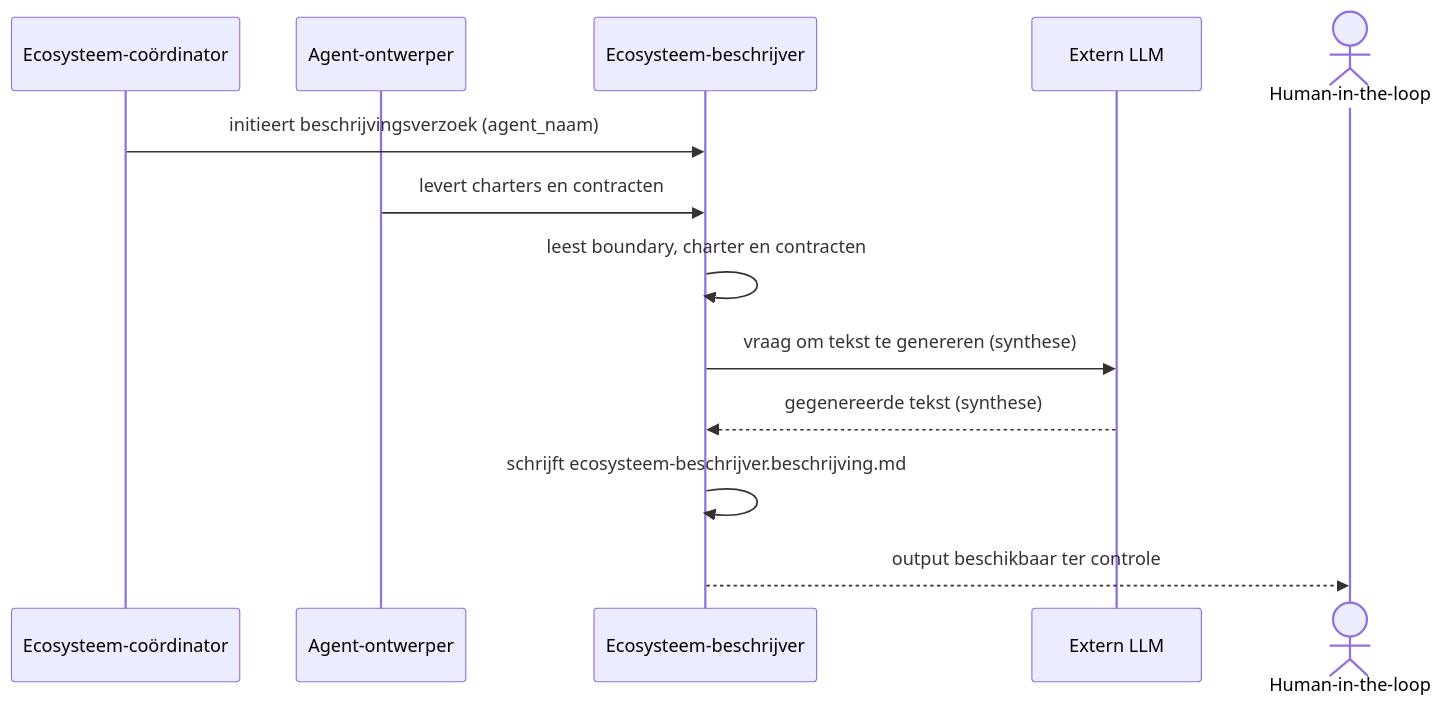
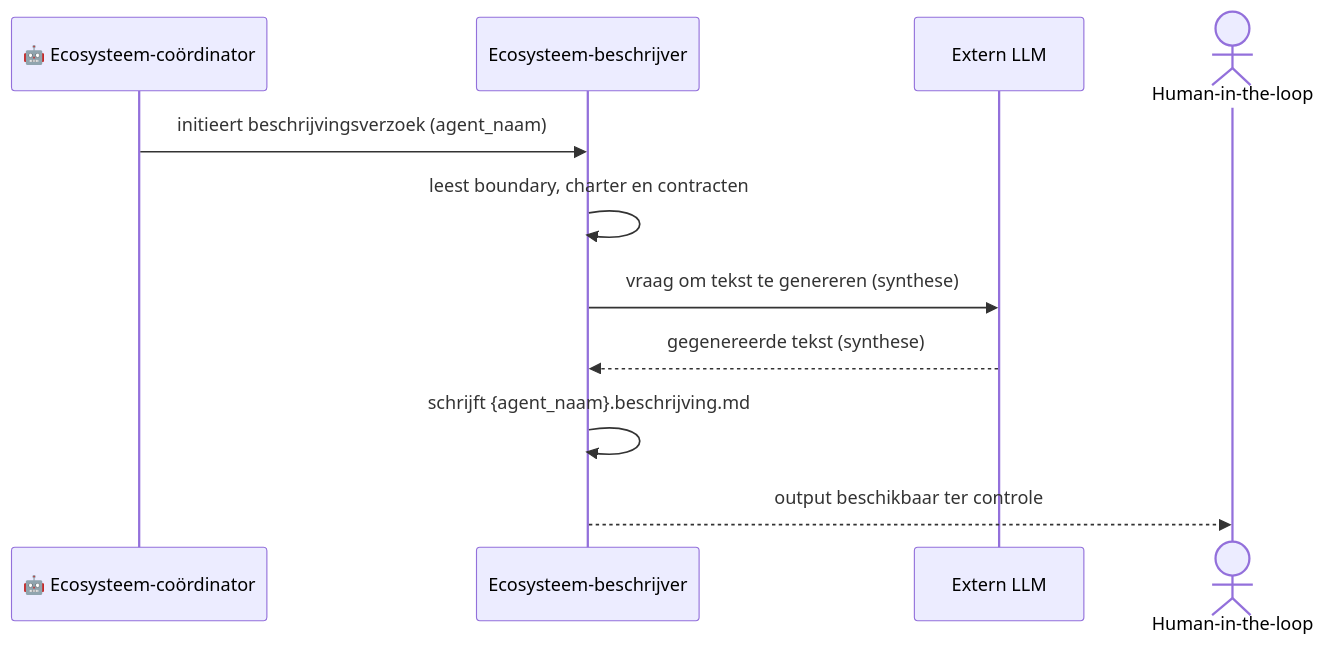
One commit to hans-blok/mandarin-agents changed the second of 2 diagrams in artefacten/aeo/aeo.02.ecosysteem-beschrijver/ecosysteem-beschrijver.beschrijving.md. Above: the diagram before and after it, drawn with Mermaid. The commit also changed other lines of this file and 37 other files, not shown here.

Commit message:
voeg toe solution architect

````diff
--- a/artefacten/aeo/aeo.02.ecosysteem-beschrijver/ecosysteem-beschrijver.beschrijving.md
+++ b/artefacten/aeo/aeo.02.ecosysteem-beschrijver/ecosysteem-beschrijver.beschrijving.md
@@ -41,16 +39,14 @@
 ```mermaid
 sequenceDiagram
-    participant EC as Ecosysteem-coördinator
-    participant AO as Agent-ontwerper
+    participant EC as 🤖 Ecosysteem-coördinator
     participant EB as Ecosysteem-beschrijver
     participant LLM as Extern LLM
     actor HiL as Human-in-the-loop
 
     EC->>EB: initieert beschrijvingsverzoek (agent_naam)
-    AO->>EB: levert charters en contracten
     EB->>EB: leest boundary, charter en contracten
     EB->>LLM: vraag om tekst te genereren (synthese)
     LLM-->>EB: gegenereerde tekst (synthese)
-    EB->>EB: schrijft ecosysteem-beschrijver.beschrijving.md
+    EB->>EB: schrijft {agent_naam}.beschrijving.md
     EB-->>HiL: output beschikbaar ter controle
 ```
````
